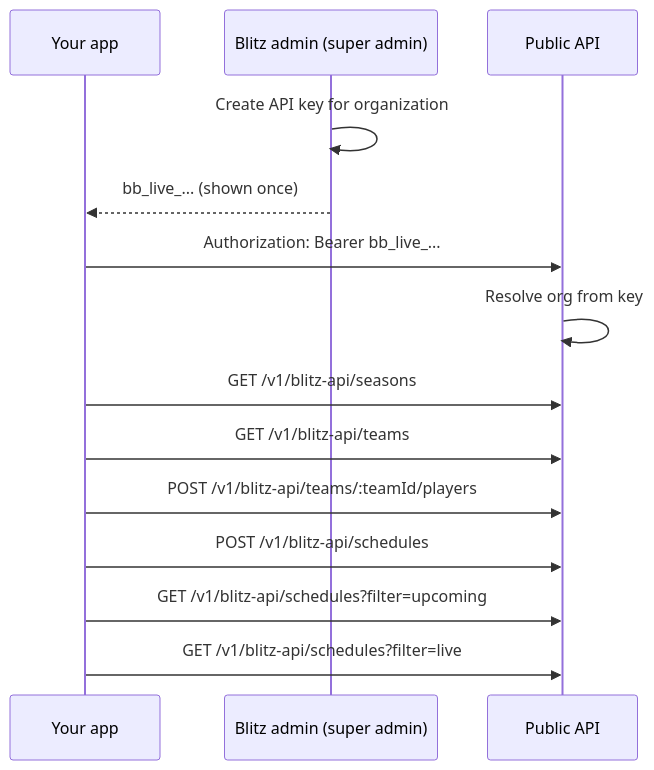
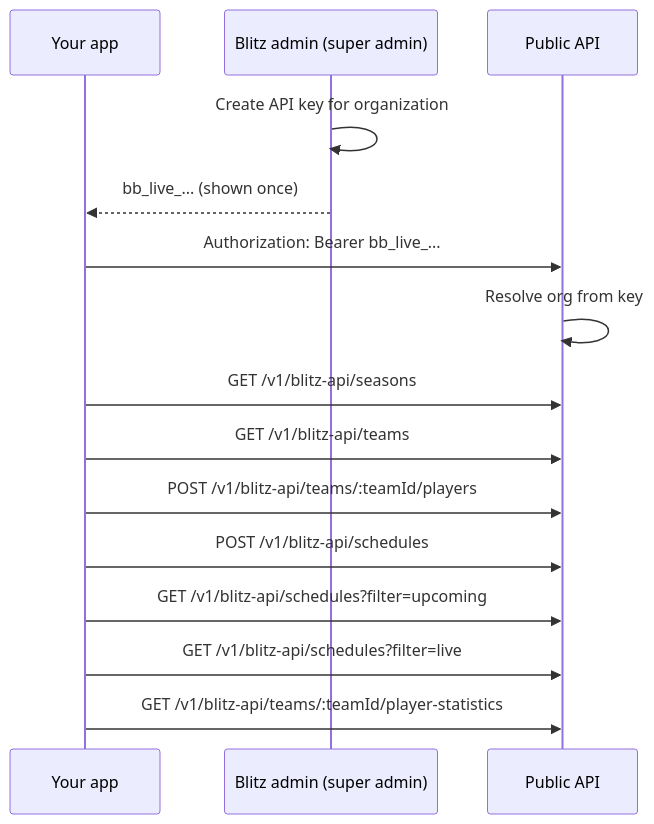
One commit to kalebdiga/documentation changed the diagram in index.mdx. Above: the diagram before and after it, drawn with Mermaid. The commit also changed other lines of this file and 6 other files, not shown here.

Commit message:
docs: enhance API documentation for player statistics; add new endpoint and update descriptions

````diff
--- a/index.mdx
+++ b/index.mdx
@@ -41,17 +44,18 @@
 ```mermaid
 sequenceDiagram
   participant App as Your app
   participant Admin as Blitz admin (super admin)
   participant API as Public API
 
   Admin->>Admin: Create API key for organization
   Admin-->>App: bb_live_... (shown once)
   App->>API: Authorization: Bearer bb_live_...
   API->>API: Resolve org from key
   App->>API: GET /v1/blitz-api/seasons
   App->>API: GET /v1/blitz-api/teams
   App->>API: POST /v1/blitz-api/teams/:teamId/players
   App->>API: POST /v1/blitz-api/schedules
   App->>API: GET /v1/blitz-api/schedules?filter=upcoming
   App->>API: GET /v1/blitz-api/schedules?filter=live
+  App->>API: GET /v1/blitz-api/teams/:teamId/player-statistics
 ```
````
